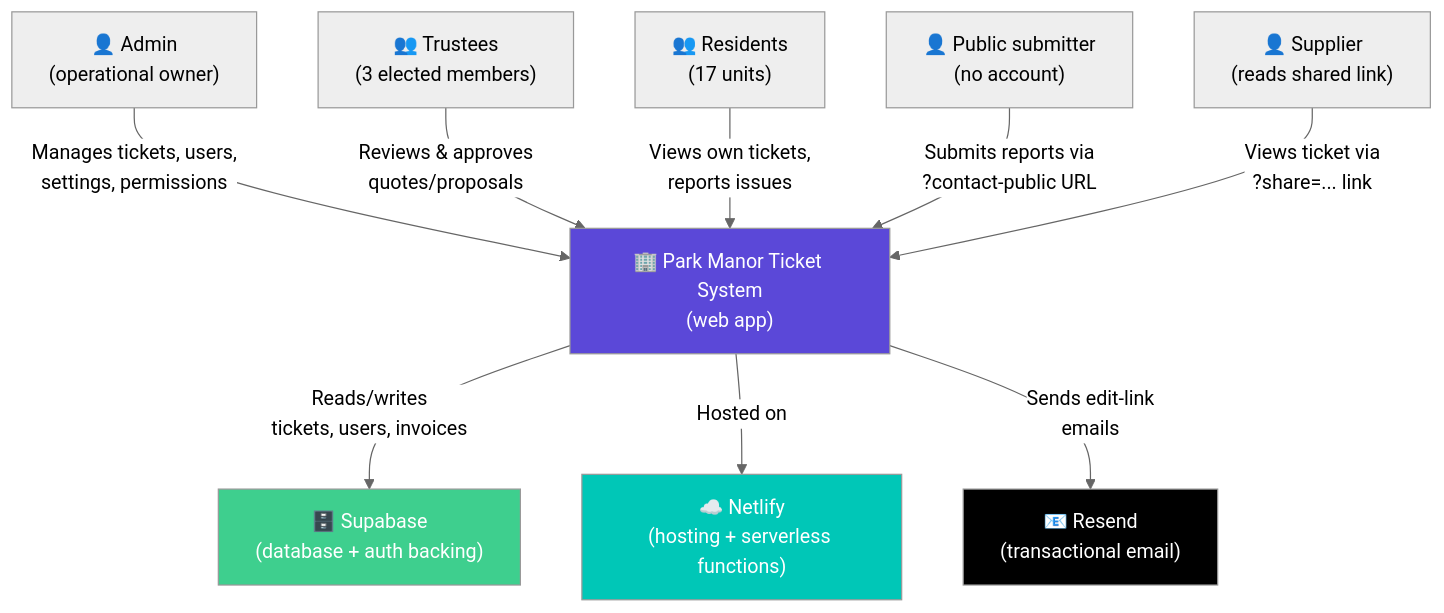
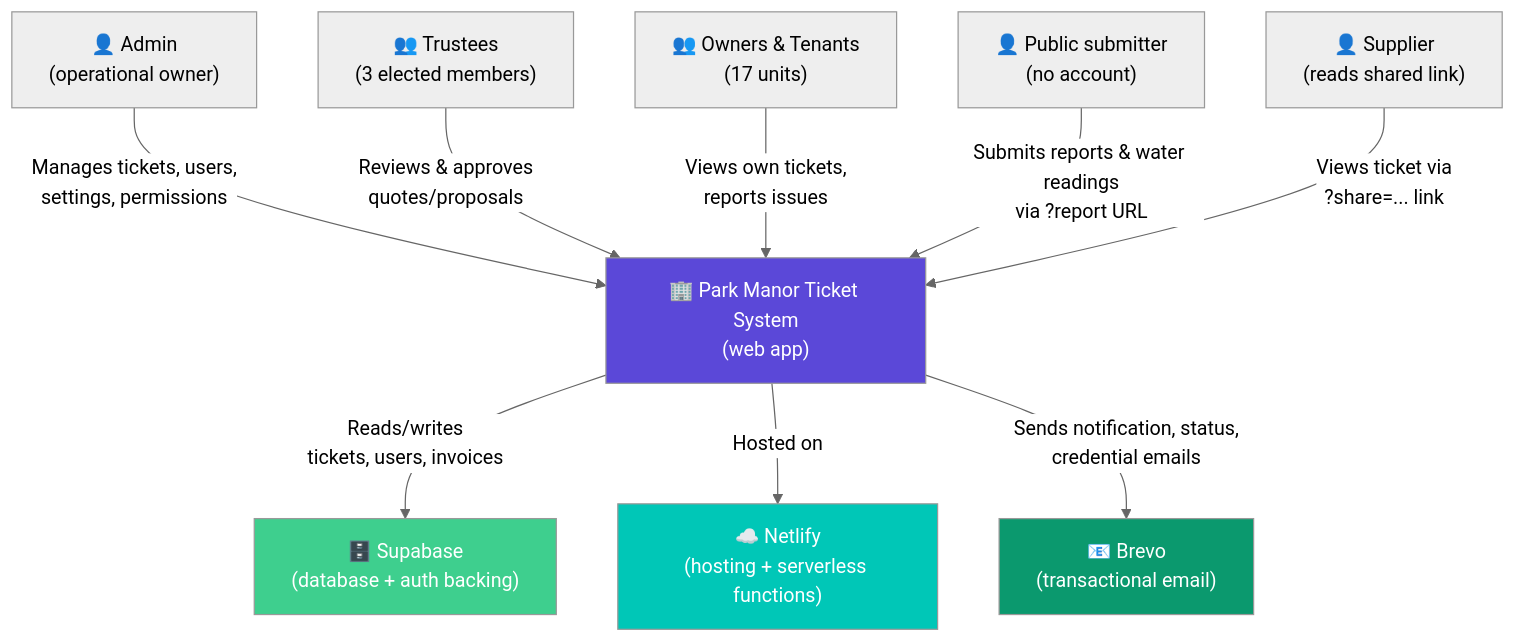
Before and after one commit to Frans5351/Ticket-System: the diagram in docs/01-context.md, drawn with Mermaid (neutral theme). The commit also changed other lines of this file and 8 other files, not shown here.

Commit message:
Changes to ticket system flow

````diff
--- a/docs/01-context.md
+++ b/docs/01-context.md
@@ -9,29 +9,29 @@
 ```mermaid
 graph TD
     Admin["👤 Admin<br/>(operational owner)"]
     Trustee["👥 Trustees<br/>(3 elected members)"]
-    Resident["👥 Residents<br/>(17 units)"]
+    Resident["👥 Owners & Tenants<br/>(17 units)"]
     Public["👤 Public submitter<br/>(no account)"]
     Supplier["👤 Supplier<br/>(reads shared link)"]
 
     System["🏢 Park Manor Ticket System<br/>(web app)"]
 
     Supabase["🗄️ Supabase<br/>(database + auth backing)"]
     Netlify["☁️ Netlify<br/>(hosting + serverless functions)"]
-    Resend["📧 Resend<br/>(transactional email)"]
+    Brevo["📧 Brevo<br/>(transactional email)"]
 
     Admin -->|"Manages tickets, users,<br/>settings, permissions"| System
     Trustee -->|"Reviews & approves<br/>quotes/proposals"| System
     Resident -->|"Views own tickets,<br/>reports issues"| System
-    Public -->|"Submits reports via<br/>?contact-public URL"| System
+    Public -->|"Submits reports & water readings<br/>via ?report URL"| System
     Supplier -->|"Views ticket via<br/>?share=... link"| System
 
     System -->|"Reads/writes<br/>tickets, users, invoices"| Supabase
     System -->|"Hosted on"| Netlify
-    System -->|"Sends edit-link<br/>emails"| Resend
+    System -->|"Sends notification, status,<br/>credential emails"| Brevo
 
     style System fill:#5b48d8,color:#fff
     style Supabase fill:#3ecf8e,color:#fff
     style Netlify fill:#00c7b7,color:#fff
-    style Resend fill:#000,color:#fff
+    style Brevo fill:#0b996e,color:#fff
 ```
````
